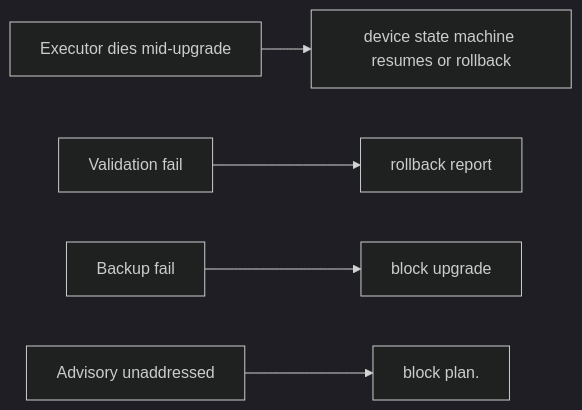
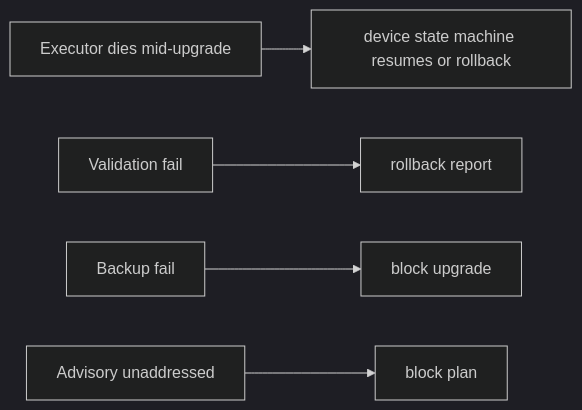
Before and after one commit to RIT-MESH/system-design-mastery: the third of 3 diagrams in case-studies/network-ai-systems/device-upgrade-management.md, drawn with Mermaid (dark theme). The commit also changed other lines of this file and 215 other files, not shown here.

First line of the commit message:
Complete all remaining work: expand case studies, add 13 AI case studies, fix diagrams, status to Complete

````diff
--- a/case-studies/network-ai-systems/device-upgrade-management.md
+++ b/case-studies/network-ai-systems/device-upgrade-management.md
@@ -33,16 +39,16 @@
 ```mermaid
-%% origin: original to system-design-mastery
+%% created-for: system-design-mastery
 flowchart LR
   C1["Executor dies mid-upgrade"]
   R2["device state machine resumes or rollback"]
   C1 --> R2
   C3["Validation fail"]
   R4["rollback report"]
   C3 --> R4
   C5["Backup fail"]
   R6["block upgrade"]
   C5 --> R6
   C7["Advisory unaddressed"]
-  R8["block plan."]
+  R8["block plan"]
   C7 --> R8
 ```
````
